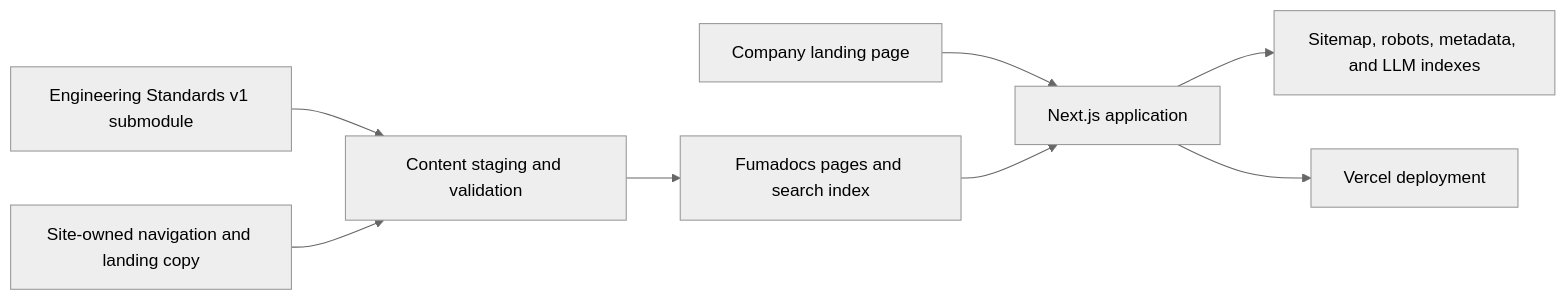
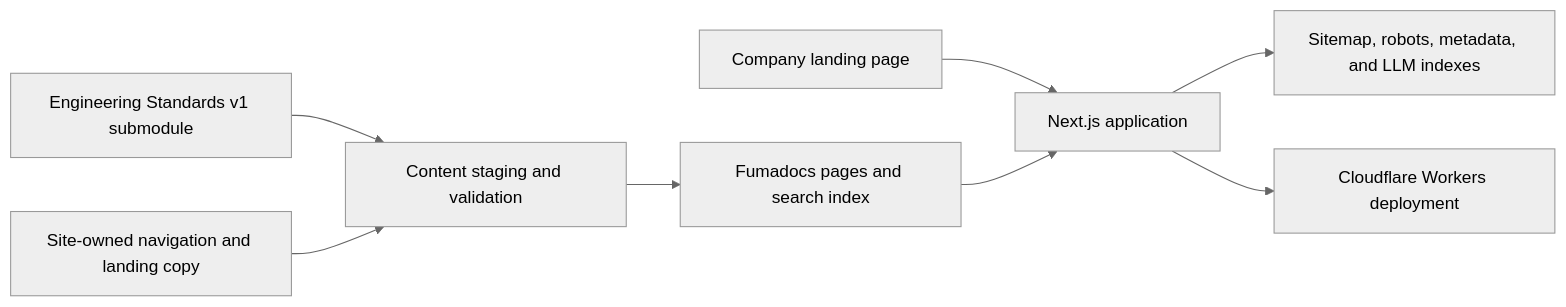
The diagram in README.md (Litenova-Solutions/Litenova.Solutions-Public-Site), drawn with Mermaid (neutral theme) before and after one commit. The commit also changed other lines of this file and 14 other files, not shown here.

Commit message:
Migrate public site deployment to Cloudflare Workers

````diff
--- a/README.md
+++ b/README.md
@@ -48,10 +48,10 @@
 ```mermaid
 flowchart LR
     Standards[Engineering Standards v1 submodule] --> Stage[Content staging and validation]
     Overrides[Site-owned navigation and landing copy] --> Stage
     Stage --> Docs[Fumadocs pages and search index]
     Landing[Company landing page] --> App[Next.js application]
     Docs --> App
     App --> Discovery[Sitemap, robots, metadata, and LLM indexes]
-    App --> Vercel[Vercel deployment]
+    App --> Workers[Cloudflare Workers deployment]
 ```
````
